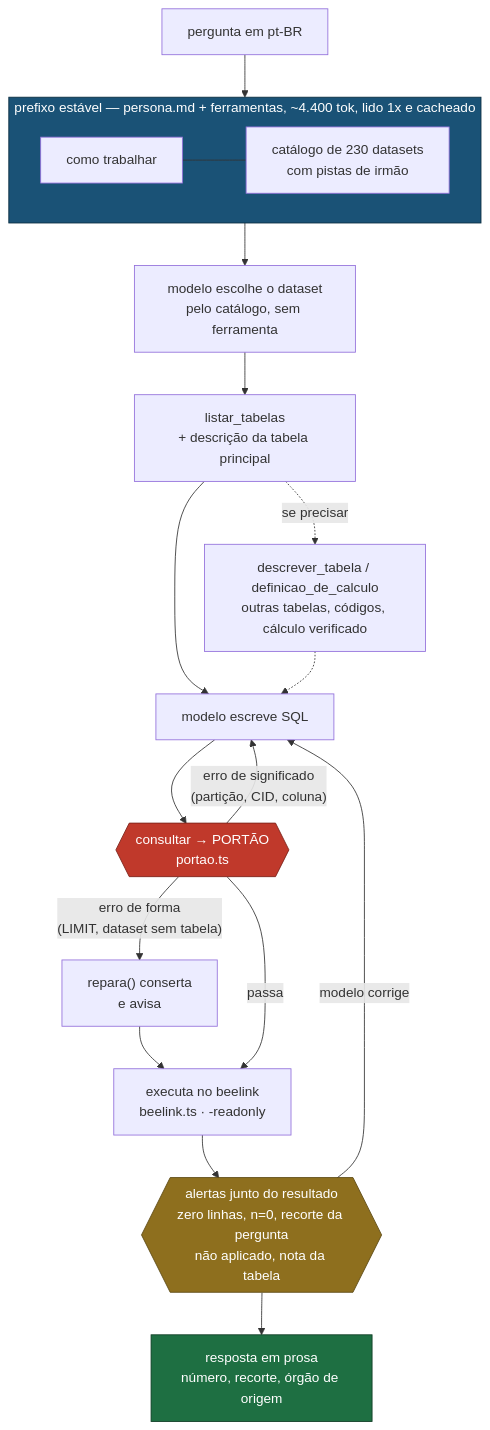
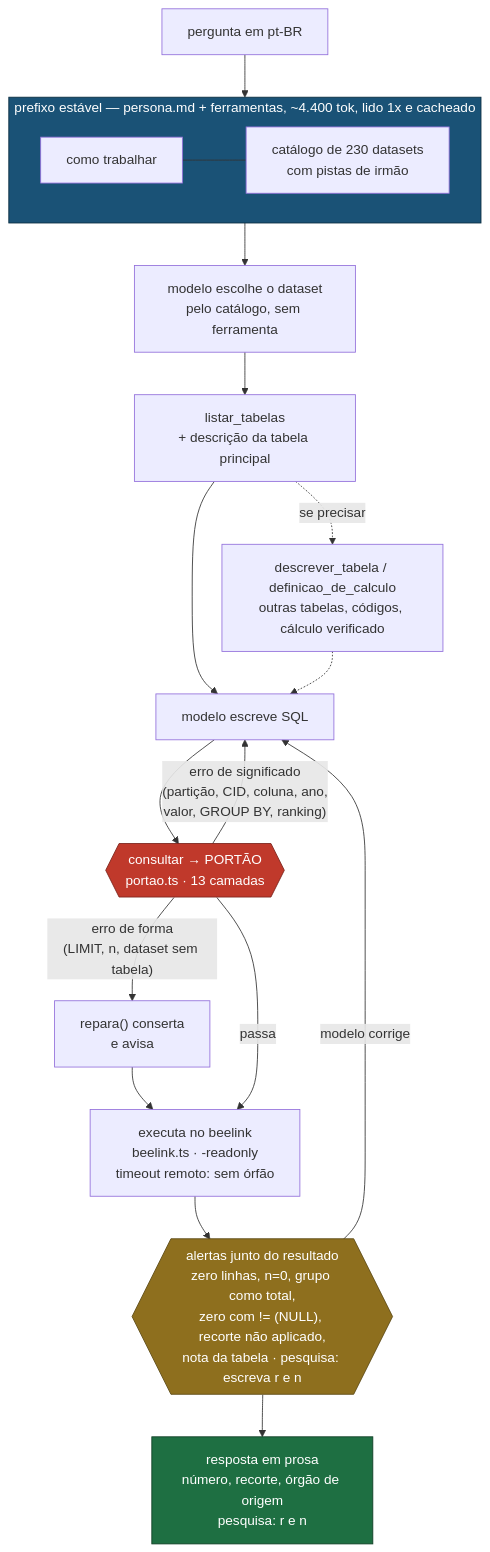
The first of 3 diagrams in harness/README.md (rafapolo/rodado), drawn with Mermaid before and after one commit. The commit also changed other lines of this file and 2 other files, not shown here.

First line of the commit message:
fix: portao recusa literal que a coluna nao tem, e os diagramas mostram as 13 camadas

````diff
--- a/harness/README.md
+++ b/harness/README.md
@@ -16,30 +16,30 @@
 ```mermaid
 flowchart TD
     P["pergunta em pt-BR"] --> PRE
 
     subgraph PRE["prefixo estável — persona.md + ferramentas, ~4.400 tok, lido 1x e cacheado"]
         direction LR
         R["como trabalhar"] --- D["catálogo de 230 datasets<br/>com pistas de irmão"]
     end
 
     PRE --> S1["modelo escolhe o dataset<br/>pelo catálogo, sem ferramenta"]
     S1 --> S2["listar_tabelas<br/>+ descrição da tabela principal"]
     S2 -.->|"se precisar"| S3["descrever_tabela / definicao_de_calculo<br/>outras tabelas, códigos, cálculo verificado"]
     S2 --> S4["modelo escreve SQL"]
     S3 -.-> S4
 
-    S4 --> G{{"consultar → PORTÃO<br/>portao.ts"}}
-    G -->|"erro de forma<br/>(LIMIT, dataset sem tabela)"| FIX["repara() conserta<br/>e avisa"]
+    S4 --> G{{"consultar → PORTÃO<br/>portao.ts · 13 camadas"}}
+    G -->|"erro de forma<br/>(LIMIT, n, dataset sem tabela)"| FIX["repara() conserta<br/>e avisa"]
     FIX --> X
-    G -->|"erro de significado<br/>(partição, CID, coluna)"| S4
-    G -->|passa| X["executa no beelink<br/>beelink.ts · -readonly"]
+    G -->|"erro de significado<br/>(partição, CID, coluna, ano,<br/>valor, GROUP BY, ranking)"| S4
+    G -->|passa| X["executa no beelink<br/>beelink.ts · -readonly<br/>timeout remoto: sem órfão"]
 
-    X --> A{{"alertas junto do resultado<br/>zero linhas, n=0, recorte da pergunta<br/>não aplicado, nota da tabela"}}
+    X --> A{{"alertas junto do resultado<br/>zero linhas, n=0, grupo como total,<br/>zero com != (NULL), recorte não aplicado,<br/>nota da tabela · pesquisa: escreva r e n"}}
     A -->|"modelo corrige"| S4
-    A --> OUT["resposta em prosa<br/>número, recorte, órgão de origem"]
+    A --> OUT["resposta em prosa<br/>número, recorte, órgão de origem<br/>pesquisa: r e n"]
 
     style G fill:#c0392b,color:#fff,stroke:#7b241c
     style A fill:#8e6f1e,color:#fff,stroke:#5c4813
     style PRE fill:#1a5276,color:#fff,stroke:#0b2e40
     style OUT fill:#1e6f42,color:#fff,stroke:#0f3d24
 ```
````
